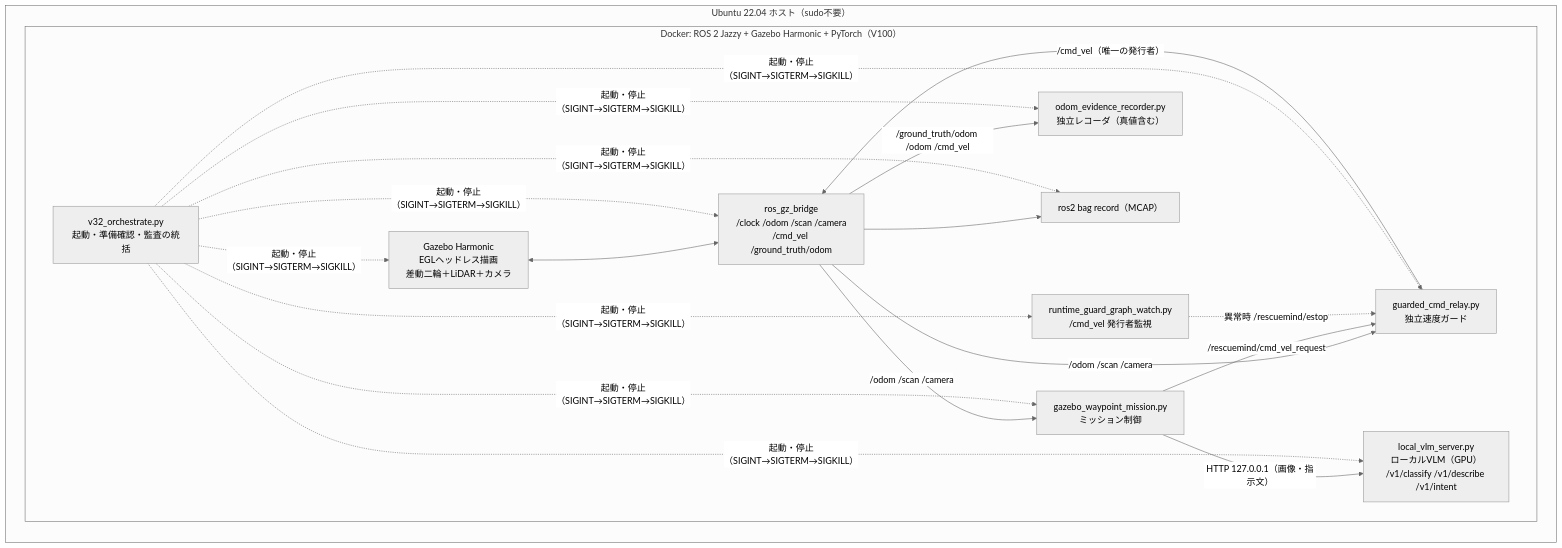
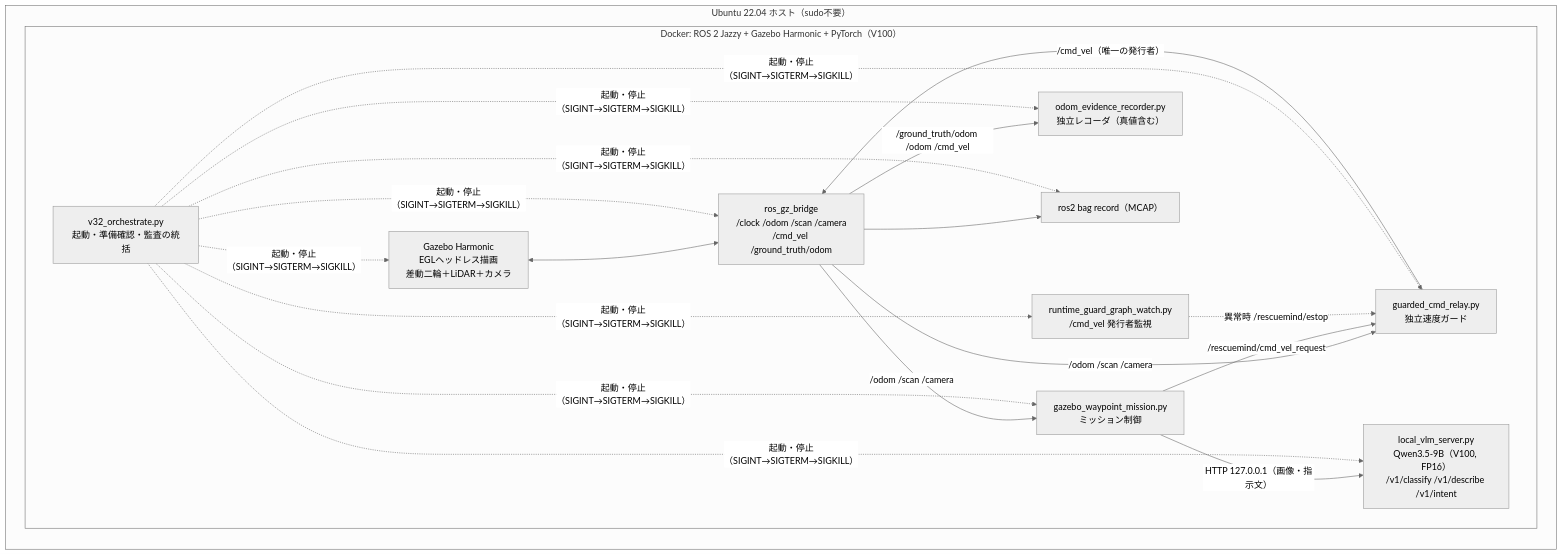
Before and after one commit to fe2131-art/rescue-mind: the first of 4 diagrams in docs/ARCHITECTURE.md, drawn with Mermaid (neutral theme). The commit also changed other lines of this file and 1 other file, not shown here.

Commit message:
docs: submission checklist; architecture diagram mentions Qwen3.5-9B and LLM intent step

````diff
--- a/docs/ARCHITECTURE.md
+++ b/docs/ARCHITECTURE.md
@@ -8,26 +8,26 @@
 ```mermaid
 flowchart LR
   subgraph Host["Ubuntu 22.04 ホスト（sudo不要）"]
     subgraph C["Docker: ROS 2 Jazzy + Gazebo Harmonic + PyTorch（V100）"]
       ORC["v32_orchestrate.py<br/>起動・準備確認・監査の統括"]
       GZ["Gazebo Harmonic<br/>EGLヘッドレス描画<br/>差動二輪＋LiDAR＋カメラ"]
       BR["ros_gz_bridge<br/>/clock /odom /scan /camera<br/>/cmd_vel /ground_truth/odom"]
-      VLM["local_vlm_server.py<br/>ローカルVLM（GPU）<br/>/v1/classify /v1/describe /v1/intent"]
+      VLM["local_vlm_server.py<br/>Qwen3.5-9B（V100, FP16）<br/>/v1/classify /v1/describe /v1/intent"]
       MIS["gazebo_waypoint_mission.py<br/>ミッション制御"]
       GRD["guarded_cmd_relay.py<br/>独立速度ガード"]
       WAT["runtime_guard_graph_watch.py<br/>/cmd_vel 発行者監視"]
       REC["odom_evidence_recorder.py<br/>独立レコーダ（真値含む）"]
       BAG["ros2 bag record（MCAP）"]
     end
   end
   GZ <--> BR
   BR -- "/odom /scan /camera" --> MIS
   BR -- "/odom /scan /camera" --> GRD
   MIS -- "/rescuemind/cmd_vel_request" --> GRD
   GRD -- "/cmd_vel（唯一の発行者）" --> BR
   MIS -- "HTTP 127.0.0.1（画像・指示文）" --> VLM
   WAT -. "異常時 /rescuemind/estop" .-> GRD
   BR -- "/ground_truth/odom /odom /cmd_vel" --> REC
   BR --> BAG
   ORC -. "起動・停止（SIGINT→SIGTERM→SIGKILL）" .-> GZ & BR & VLM & MIS & GRD & WAT & REC & BAG
 ```
````
